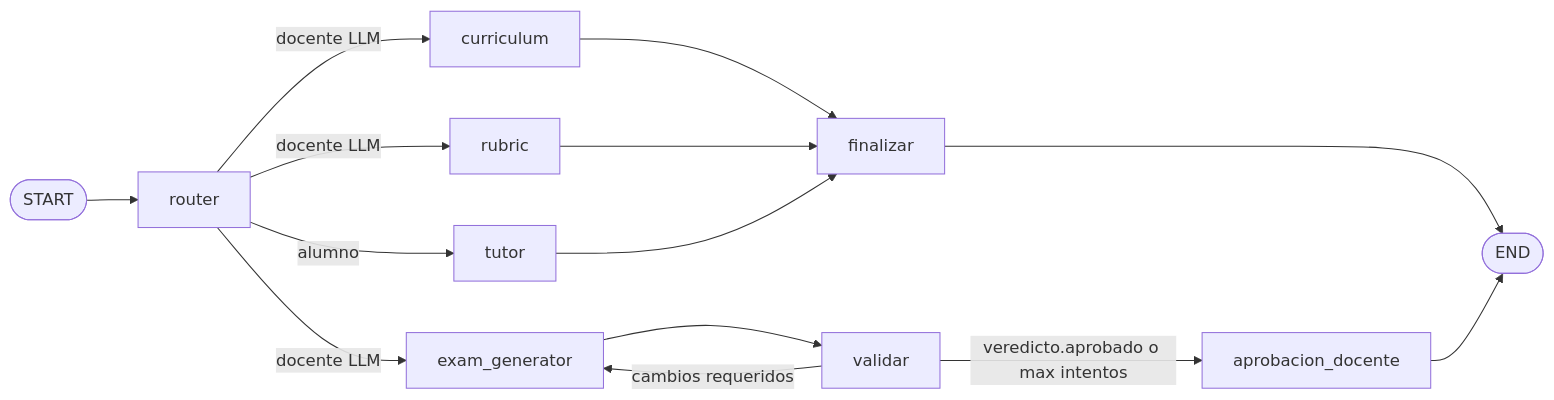
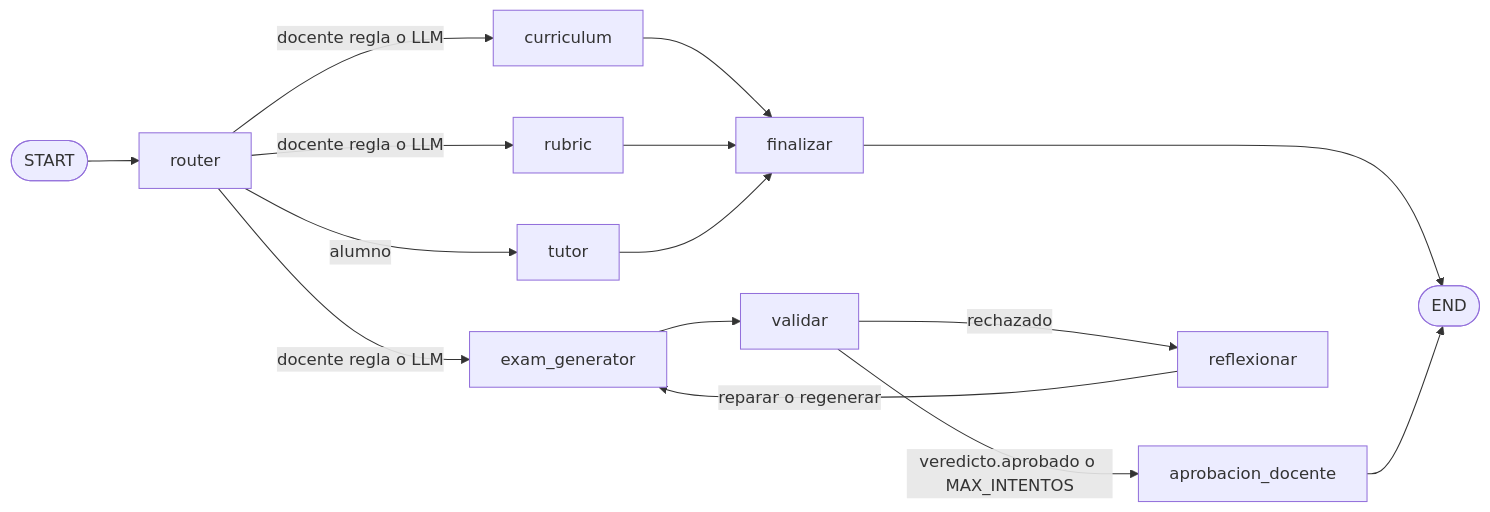
Before and after one commit to DavidLeonP/Orquestacion-Agentes: the first of 7 diagrams in docs/c4/04-codigo.md, drawn with Mermaid. The commit also changed other lines of this file and 70 other files, not shown here.

````diff
--- a/docs/c4/04-codigo.md
+++ b/docs/c4/04-codigo.md
@@ -7,16 +7,17 @@
 ```mermaid
 flowchart LR
     START([START]) --> router
     router -->|alumno| tutor
-    router -->|docente LLM| curriculum
-    router -->|docente LLM| exam_generator
-    router -->|docente LLM| rubric
+    router -->|docente regla o LLM| curriculum
+    router -->|docente regla o LLM| exam_generator
+    router -->|docente regla o LLM| rubric
     curriculum --> finalizar
     rubric --> finalizar
     tutor --> finalizar
     exam_generator --> validar
-    validar -->|veredicto.aprobado o max intentos| aprobacion_docente
-    validar -->|cambios requeridos| exam_generator
+    validar -->|veredicto.aprobado o MAX_INTENTOS| aprobacion_docente
+    validar -->|rechazado| reflexionar
+    reflexionar -->|reparar o regenerar| exam_generator
     finalizar --> END([END])
     aprobacion_docente --> END
 ```
````
